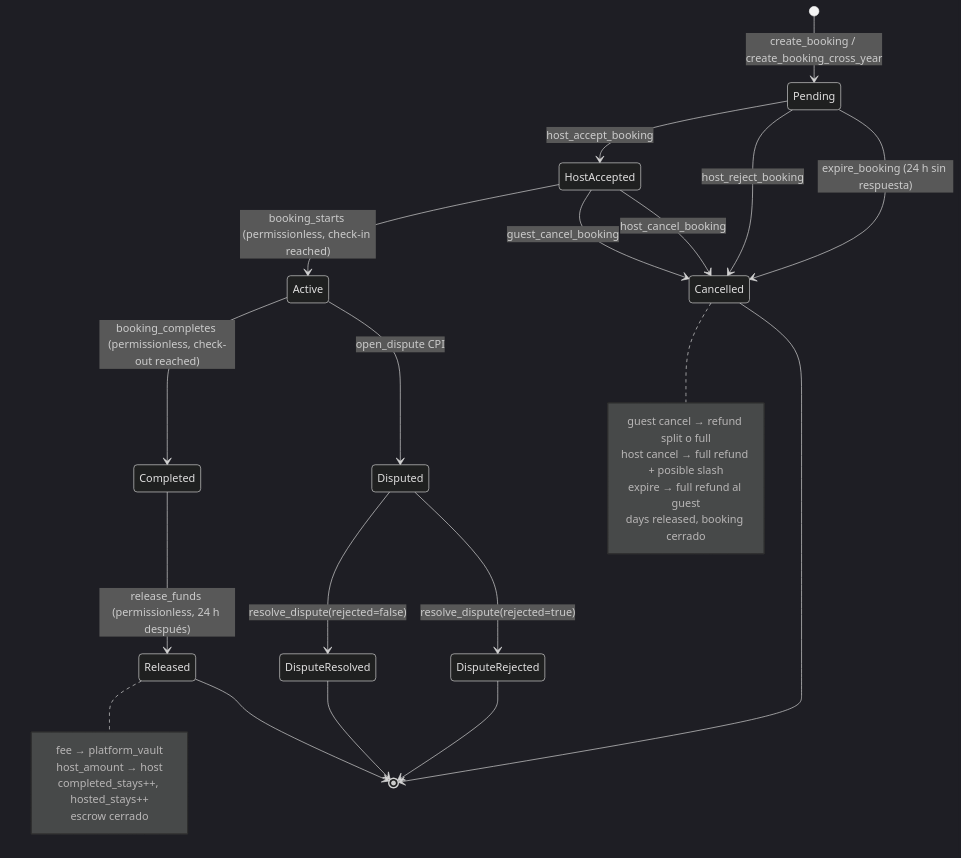
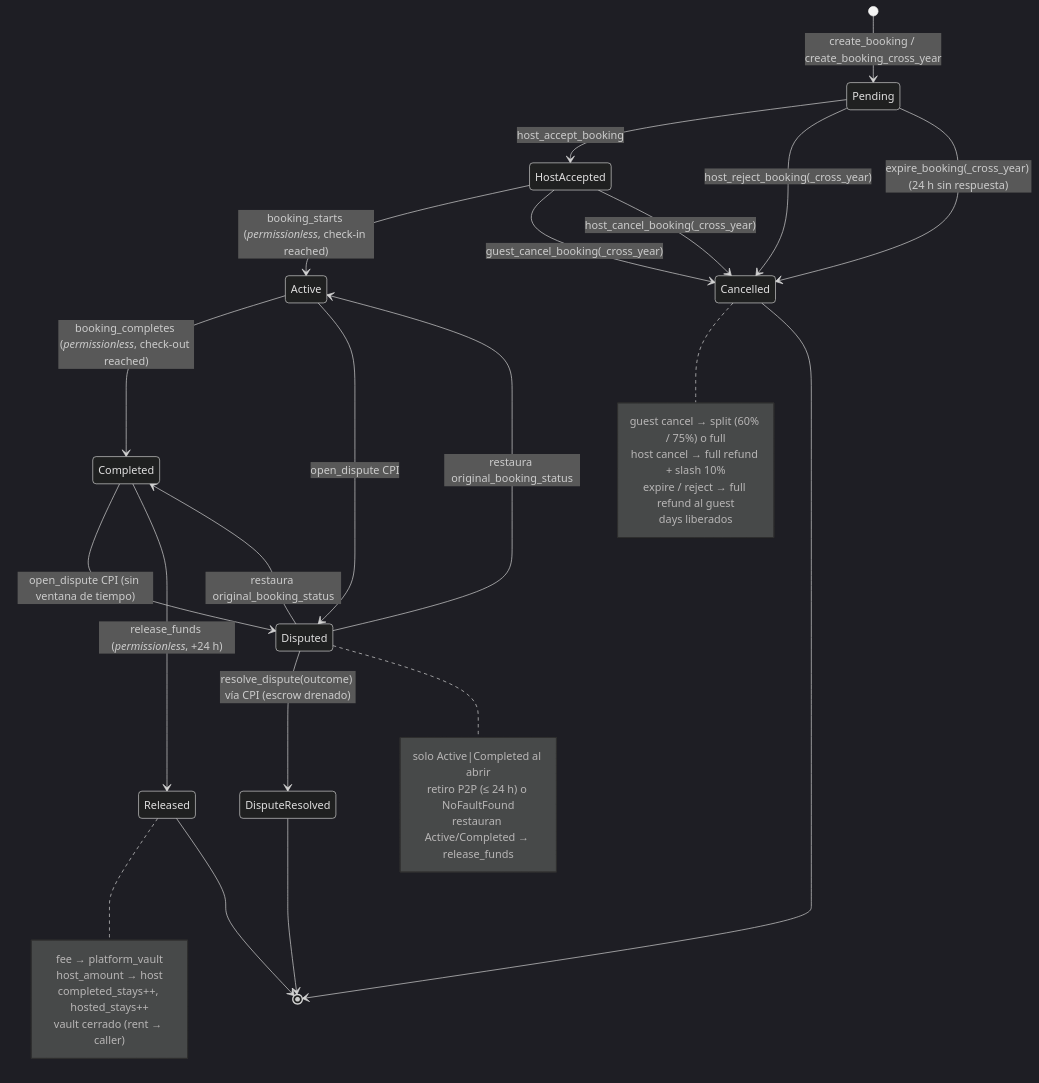
One commit to GestLabs2-0/stayke-contracts changed the second of 8 diagrams in docs/stayke-flow-diagram.md. Above: the diagram before and after it, drawn with Mermaid (dark theme). The commit also changed other lines of this file and 4 other files, not shown here.

````diff
--- a/docs/stayke-flow-diagram.md
+++ b/docs/stayke-flow-diagram.md
@@ -77,28 +80,30 @@
 ```mermaid
 stateDiagram-v2
     [*] --> Pending: create_booking / create_booking_cross_year
 
     Pending --> HostAccepted: host_accept_booking
-    Pending --> Cancelled: host_reject_booking
-    Pending --> Cancelled: expire_booking (24 h sin respuesta)
+    Pending --> Cancelled: host_reject_booking(_cross_year)
+    Pending --> Cancelled: expire_booking(_cross_year) (24 h sin respuesta)
 
-    HostAccepted --> Active: booking_starts (permissionless, check-in reached)
-    HostAccepted --> Cancelled: guest_cancel_booking
-    HostAccepted --> Cancelled: host_cancel_booking
+    HostAccepted --> Active: booking_starts (*permissionless*, check-in reached)
+    HostAccepted --> Cancelled: guest_cancel_booking(_cross_year)
+    HostAccepted --> Cancelled: host_cancel_booking(_cross_year)
 
-    Active --> Completed: booking_completes (permissionless, check-out reached)
+    Active --> Completed: booking_completes (*permissionless*, check-out reached)
     Active --> Disputed: open_dispute CPI
+    Completed --> Disputed: open_dispute CPI (sin ventana de tiempo)
 
-    Completed --> Released: release_funds (permissionless, 24 h después)
+    Completed --> Released: release_funds (*permissionless*, +24 h)
 
-    Disputed --> DisputeResolved: resolve_dispute(rejected=false)
-    Disputed --> DisputeRejected: resolve_dispute(rejected=true)
+    Disputed --> DisputeResolved: resolve_dispute(outcome) vía CPI (escrow drenado)
+    Disputed --> Active: restaura original_booking_status
+    Disputed --> Completed: restaura original_booking_status
 
-    note right of Released : fee → platform_vault<br/>host_amount → host<br/>completed_stays++, hosted_stays++<br/>escrow cerrado
-    note right of Cancelled : guest cancel → refund split o full<br/>host cancel → full refund + posible slash<br/>expire → full refund al guest<br/>days released, booking cerrado
-
+    note right of Released : fee → platform_vault<br/>host_amount → host<br/>completed_stays++, hosted_stays++<br/>vault cerrado (rent → caller)
+    note right of Cancelled : guest cancel → split (60% / 75%) o full<br/>host cancel → full refund + slash 10%<br/>expire / reject → full refund al guest<br/>days liberados
+    note right of Disputed : solo Active|Completed al abrir<br/>retiro P2P (≤ 24 h) o NoFaultFound<br/>restauran Active/Completed → release_funds
+    
     Released --> [*]
     Cancelled --> [*]
     DisputeResolved --> [*]
-    DisputeRejected --> [*]
 ```
````
